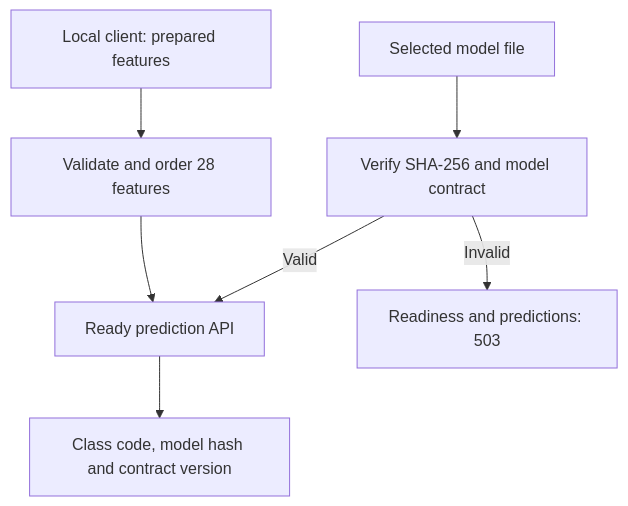
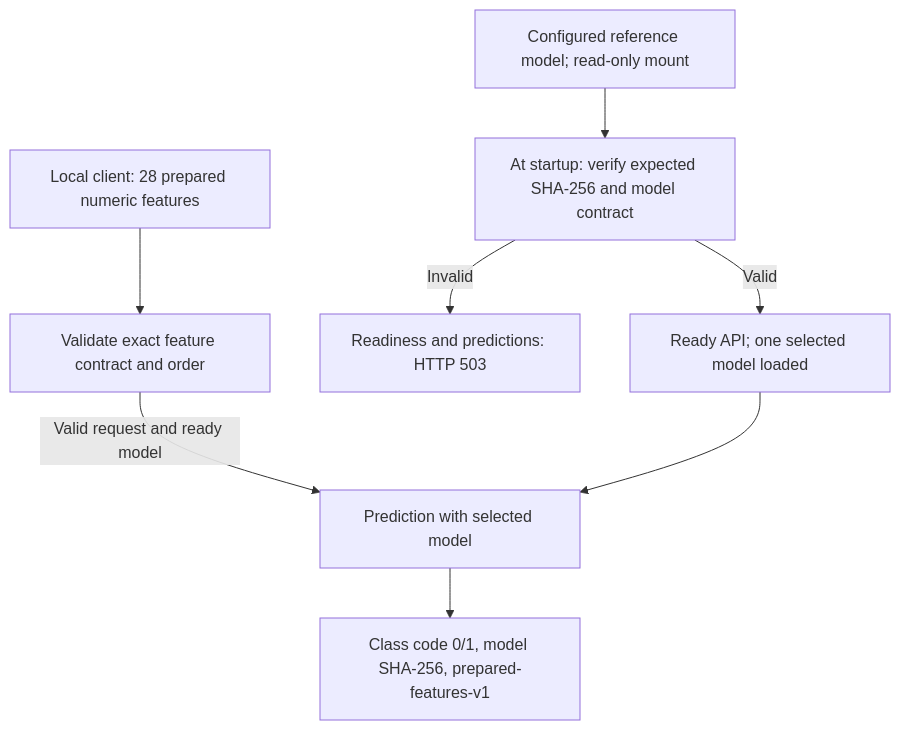
Before and after one commit to SiR1979/Template_MLOps_accidents: the fourth of 8 diagrams in docs/architecture.md, drawn with Mermaid. The commit also changed other lines of this file, not shown here.

Commit message:
Update architecture diagrams and implementation boundaries

````diff
--- a/docs/architecture.md
+++ b/docs/architecture.md
@@ -167,9 +201,10 @@
 ```mermaid
 flowchart TD
-    ART["Selected model file"] --> HASH["Verify SHA-256 and model contract"]
-    HASH -->|"Valid"| READY["Ready prediction API"]
-    HASH -->|"Invalid"| CLOSED["Readiness and predictions: 503"]
-    CLIENT["Local client: prepared features"] --> INPUT["Validate and order 28 features"]
-    INPUT --> READY
-    READY --> OUT["Class code, model hash and contract version"]
+    ART["Configured reference model; read-only mount"] --> HASH["At startup: verify expected SHA-256 and model contract"]
+    HASH -->|"Valid"| READY["Ready API; one selected model loaded"]
+    HASH -->|"Invalid"| CLOSED["Readiness and predictions: HTTP 503"]
+    CLIENT["Local client: 28 prepared numeric features"] --> INPUT["Validate exact feature contract and order"]
+    INPUT -->|"Valid request and ready model"| PREDICT["Prediction with selected model"]
+    READY --> PREDICT
+    PREDICT --> OUT["Class code 0/1, model SHA-256, prepared-features-v1"]
 ```
````
